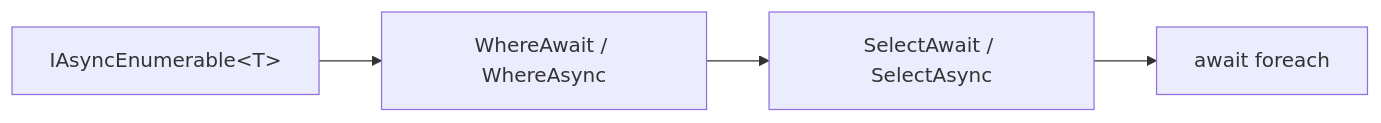
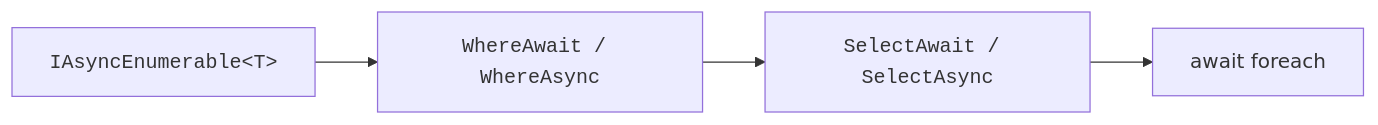
One commit to dataslope/dataslope changed the second of 3 diagrams in content/learn/csharp-linq-functional/next-steps.mdx. Above: the diagram before and after it, drawn with Mermaid. The commit also changed 153 other files, not shown here.

First line of the commit message:
Render code-only mermaid shapes in monospace; convert step sequences to Steps

````diff
--- a/content/learn/csharp-linq-functional/next-steps.mdx
+++ b/content/learn/csharp-linq-functional/next-steps.mdx
@@ -90,6 +90,6 @@
 ```mermaid
 flowchart LR
-    A[IAsyncEnumerable&lt;T&gt;] --> W["WhereAwait / WhereAsync"]
-      --> S["SelectAwait / SelectAsync"]
+    A["<code>IAsyncEnumerable&lt;T&gt;</code>"] --> W["<code>WhereAwait / WhereAsync</code>"]
+      --> S["<code>SelectAwait / SelectAsync</code>"]
       --> AF["await foreach"]
 ```
````
